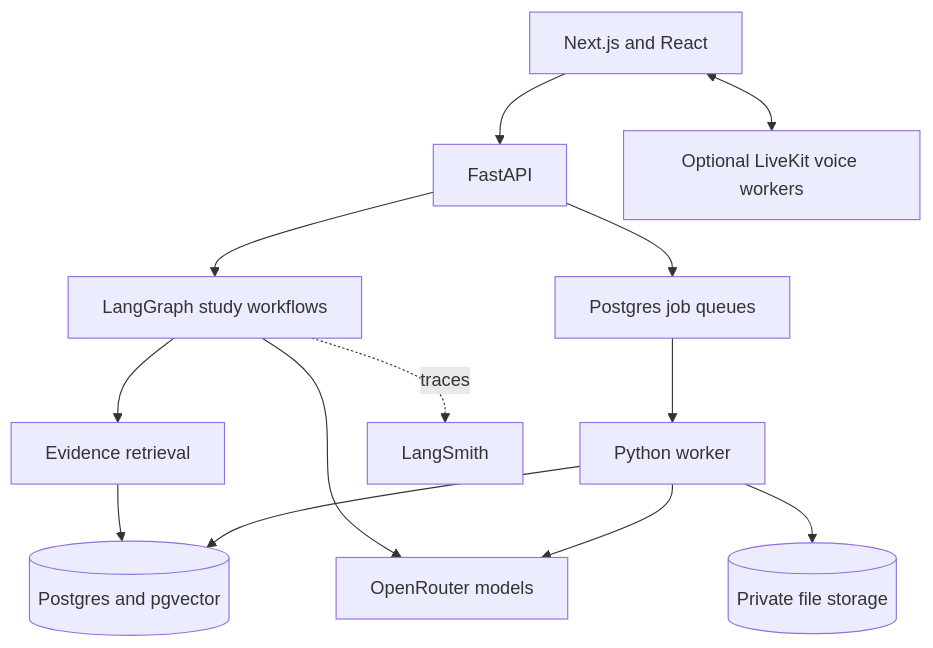
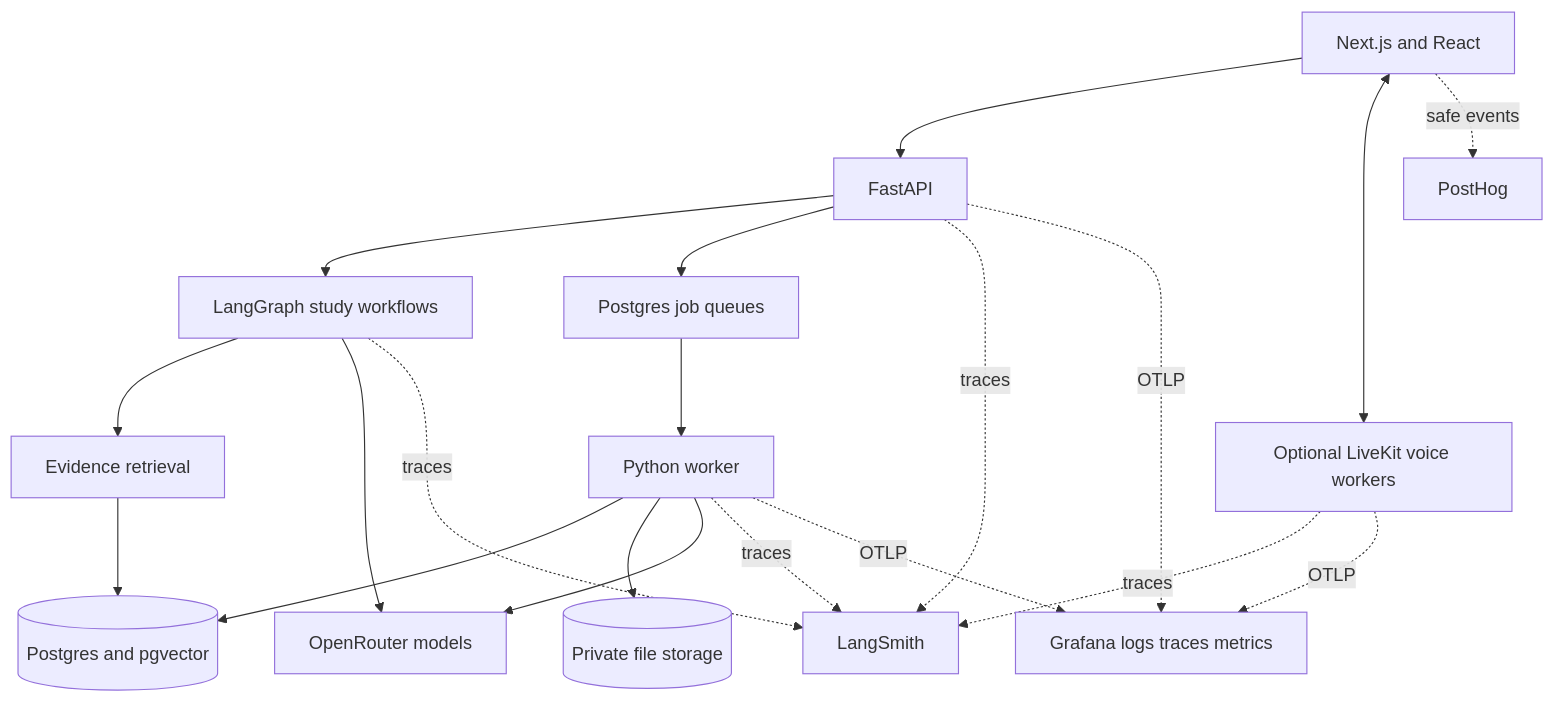
The first of 5 diagrams in docs/architecture.md (rabhishek100/agentic_study_partner), drawn with Mermaid before and after one commit. The commit also changed other lines of this file and 17 other files, not shown here.

````diff
--- a/docs/architecture.md
+++ b/docs/architecture.md
@@ -9,15 +9,22 @@
 ```mermaid
 flowchart TD
     UI[Next.js and React] --> API[FastAPI]
     API --> G[LangGraph study workflows]
     API --> Q[Postgres job queues]
     Q --> W[Python worker]
     G --> R[Evidence retrieval]
     R --> DB[(Postgres and pgvector)]
     W --> DB
     W --> F[(Private file storage)]
     G --> M[OpenRouter models]
     W --> M
     G -. traces .-> L[LangSmith]
+    API -. traces .-> L
+    W -. traces .-> L
     UI <--> V[Optional LiveKit voice workers]
+    V -. traces .-> L
+    API -. OTLP .-> O[Grafana logs traces metrics]
+    W -. OTLP .-> O
+    V -. OTLP .-> O
+    UI -. safe events .-> P[PostHog]
 ```
````
